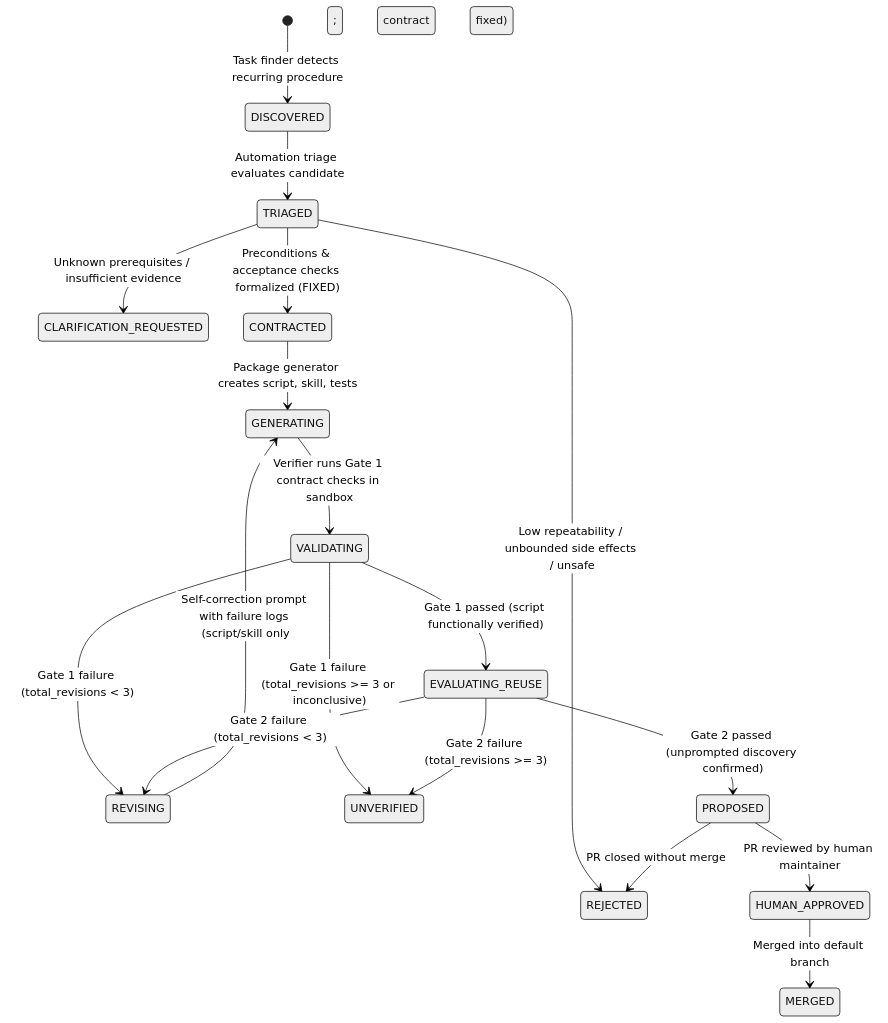
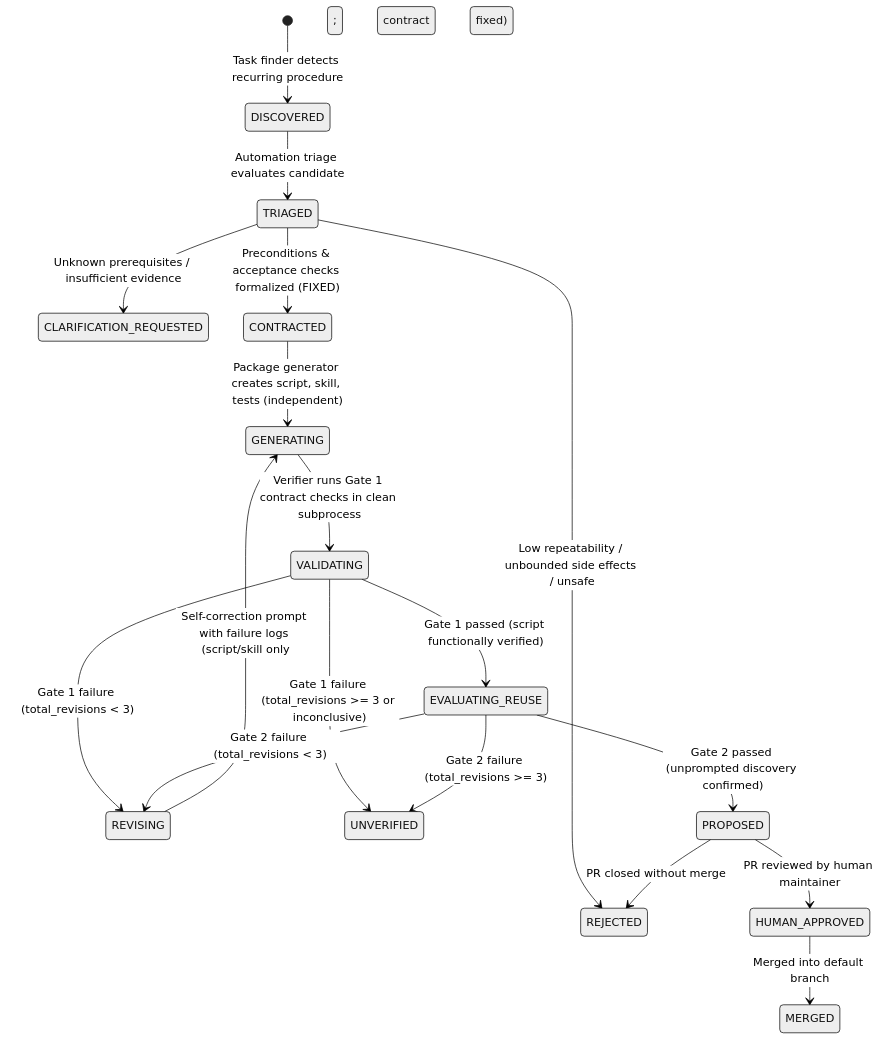
One commit to gcpuser1/maga-hackathon changed the second of 2 diagrams in docs/architecture/ARCHITECTURE.md. Above: the diagram before and after it, drawn with Mermaid (neutral theme). The commit also changed other lines of this file and 1 other file, not shown here.

Commit message:
docs: align architecture specification and agent workflow with 8 design decisions

````diff
--- a/docs/architecture/ARCHITECTURE.md
+++ b/docs/architecture/ARCHITECTURE.md
@@ -236,28 +247,28 @@
 ```mermaid
 stateDiagram-v2
     [*] --> DISCOVERED: Task finder detects recurring procedure
     DISCOVERED --> TRIAGED: Automation triage evaluates candidate
     
     TRIAGED --> REJECTED: Low repeatability / unbounded side effects / unsafe
     TRIAGED --> CLARIFICATION_REQUESTED: Unknown prerequisites / insufficient evidence
     TRIAGED --> CONTRACTED: Preconditions & acceptance checks formalized (FIXED)
     
-    CONTRACTED --> GENERATING: Package generator creates script, skill, tests
-    GENERATING --> VALIDATING: Verifier runs Gate 1 contract checks in sandbox
+    CONTRACTED --> GENERATING: Package generator creates script, skill, tests (independent)
+    GENERATING --> VALIDATING: Verifier runs Gate 1 contract checks in clean subprocess
     
     VALIDATING --> REVISING: Gate 1 failure (total_revisions < 3)
     VALIDATING --> UNVERIFIED: Gate 1 failure (total_revisions >= 3 or inconclusive)
     
     VALIDATING --> EVALUATING_REUSE: Gate 1 passed (script functionally verified)
     
     EVALUATING_REUSE --> REVISING: Gate 2 failure (total_revisions < 3)
     EVALUATING_REUSE --> UNVERIFIED: Gate 2 failure (total_revisions >= 3)
     
     REVISING --> GENERATING: Self-correction prompt with failure logs (script/skill only; contract fixed)
     
     EVALUATING_REUSE --> PROPOSED: Gate 2 passed (unprompted discovery confirmed)
     
     PROPOSED --> HUMAN_APPROVED: PR reviewed by human maintainer
     PROPOSED --> REJECTED: PR closed without merge
     HUMAN_APPROVED --> MERGED: Merged into default branch
 ```
````
